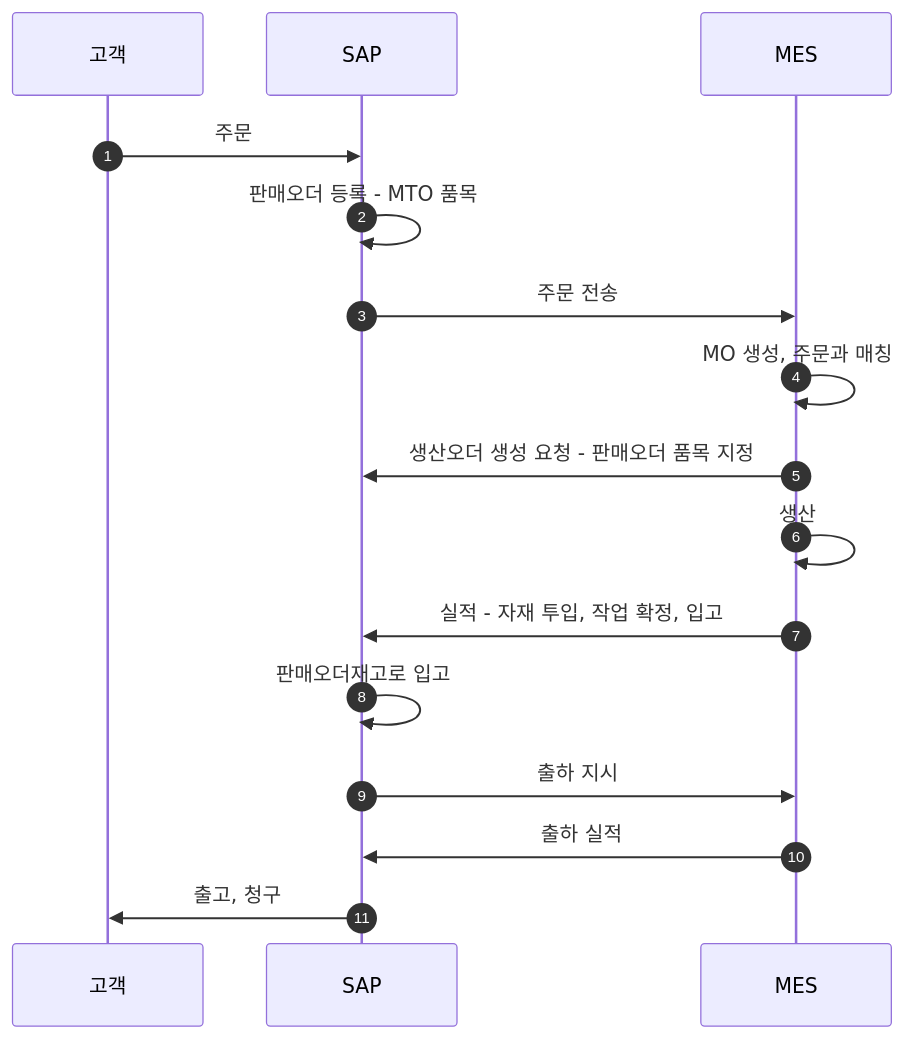
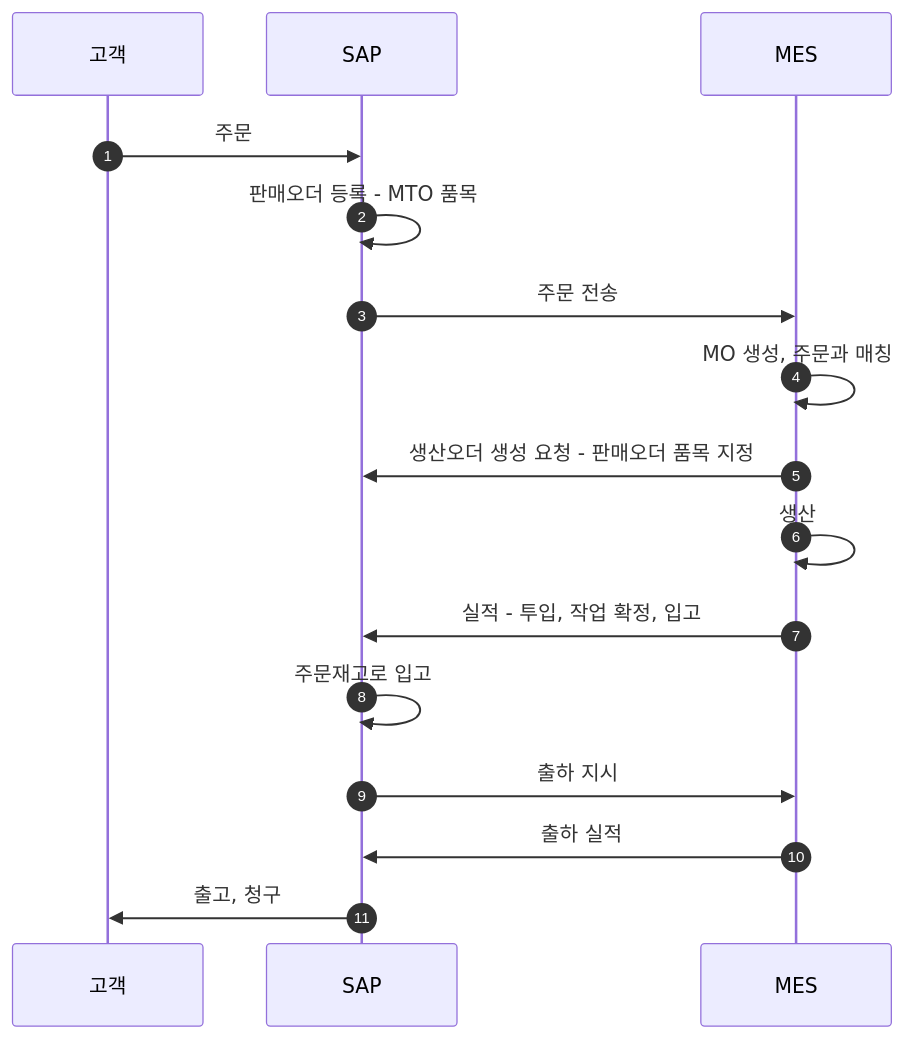
The sixth of 11 diagrams in docs/mto-mts-hybrid-analysis.md (donseok/mes-to-be-doc), drawn with Mermaid before and after one commit. The commit also changed other lines of this file and 6 other files, not shown here.

````diff
--- a/docs/mto-mts-hybrid-analysis.md
+++ b/docs/mto-mts-hybrid-analysis.md
@@ -186,18 +221,18 @@
 ```mermaid
 sequenceDiagram
   autonumber
   participant C as 고객
   participant S as SAP
   participant M as MES
   C->>S: 주문
   S->>S: 판매오더 등록 - MTO 품목
   S->>M: 주문 전송
   M->>M: MO 생성, 주문과 매칭
   M->>S: 생산오더 생성 요청 - 판매오더 품목 지정
   M->>M: 생산
-  M->>S: 실적 - 자재 투입, 작업 확정, 입고
-  S->>S: 판매오더재고로 입고
+  M->>S: 실적 - 투입, 작업 확정, 입고
+  S->>S: 주문재고로 입고
   S->>M: 출하 지시
   M->>S: 출하 실적
   S->>C: 출고, 청구
 ```
````
